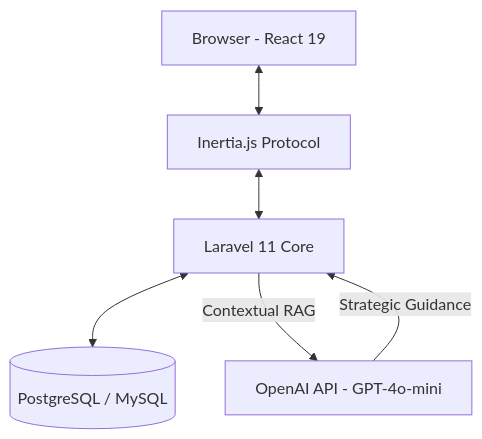
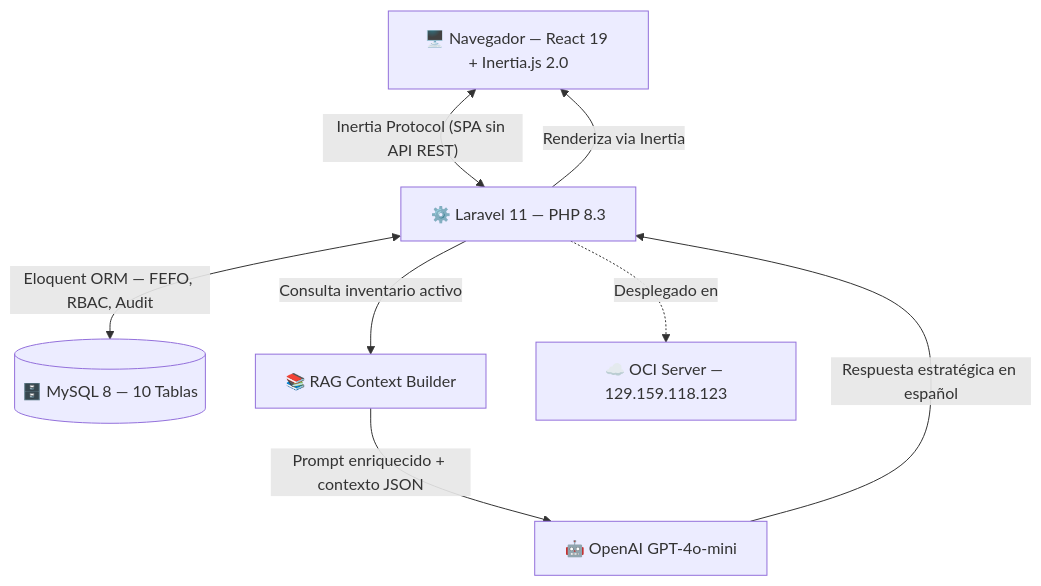
The diagram in docs/ARCHITECTURE.md (germanmurillas/gestor-inventario-pymes-llm), drawn with Mermaid before and after one commit. The commit also changed other lines of this file and 7 other files, not shown here.

````diff
--- a/docs/ARCHITECTURE.md
+++ b/docs/ARCHITECTURE.md
@@ -7,14 +10,17 @@
 ```mermaid
 graph TD
-    Client[Browser - React 19]
-    Inertia[Inertia.js Protocol]
-    Backend[Laravel 11 Core]
-    DB[(PostgreSQL / MySQL)]
-    LLM[OpenAI API - GPT-4o-mini]
-    
-    Client <--> Inertia
-    Inertia <--> Backend
-    Backend <--> DB
-    Backend -- Contextual RAG --> LLM
-    LLM -- Strategic Guidance --> Backend
+    Usuario["🖥️ Navegador — React 19 + Inertia.js 2.0"]
+    Backend["⚙️ Laravel 11 — PHP 8.3"]
+    DB[("🗄️ MySQL 8 — 10 Tablas")]
+    RAG["📚 RAG Context Builder"]
+    LLM["🤖 OpenAI GPT-4o-mini"]
+    OCI["☁️ OCI Server — 129.159.118.123"]
+
+    Usuario <-->|"Inertia Protocol (SPA sin API REST)"| Backend
+    Backend <-->|"Eloquent ORM — FEFO, RBAC, Audit"| DB
+    Backend -->|"Consulta inventario activo"| RAG
+    RAG -->|"Prompt enriquecido + contexto JSON"| LLM
+    LLM -->|"Respuesta estratégica en español"| Backend
+    Backend -->|"Renderiza via Inertia"| Usuario
+    Backend -.->|"Desplegado en"| OCI
 ```
````
